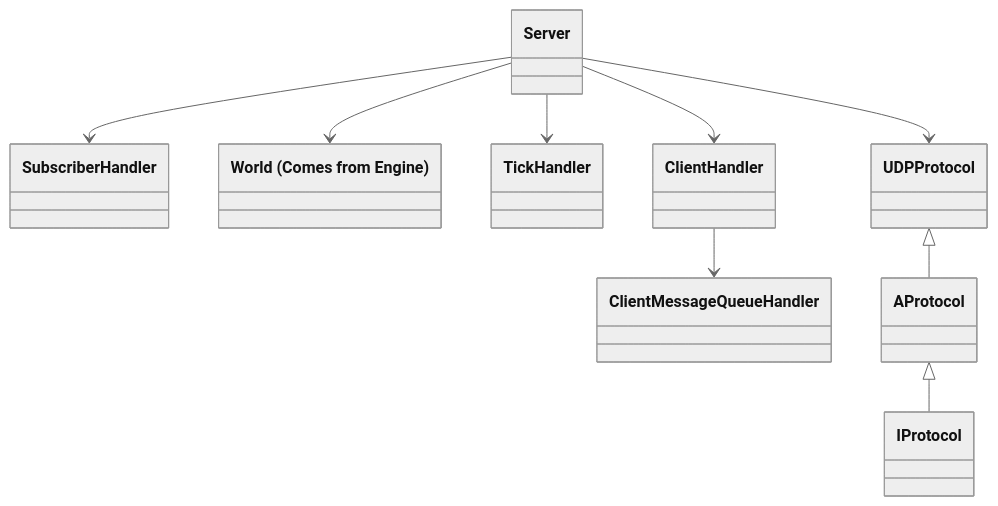
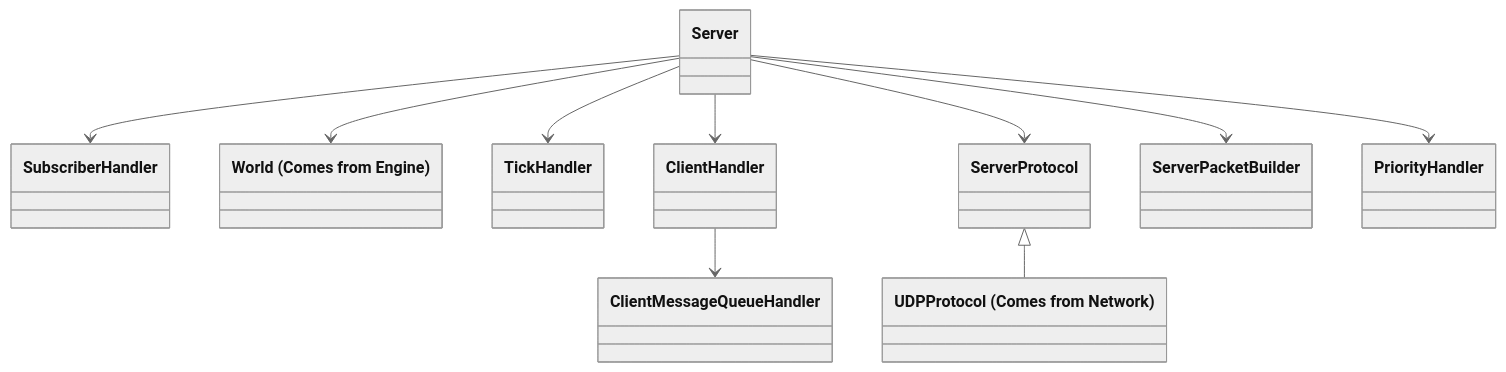
The diagram in docs/server/architecture.md (hugoschool/r-type), drawn with Mermaid (neutral theme) before and after one commit. The commit also changed other lines of this file, not shown here.

Commit message:
docs: rework server architecture

````diff
--- a/docs/server/architecture.md
+++ b/docs/server/architecture.md
@@ -5,15 +5,17 @@
 ```mermaid
 classDiagram
 
 Server --> SubscriberHandler
 class World["World (Comes from Engine)"]
 Server --> World
 Server --> TickHandler
 Server --> ClientHandler
-Server --> UDPProtocol
+Server --> ServerProtocol
+Server --> ServerPacketBuilder
+Server --> PriorityHandler
 
 ClientHandler --> ClientMessageQueueHandler
 
-AProtocol <|-- IProtocol
-UDPProtocol <|-- AProtocol
+class UDPProtocol["UDPProtocol (Comes from Network)"]
+ServerProtocol <|-- UDPProtocol
 ```
````
